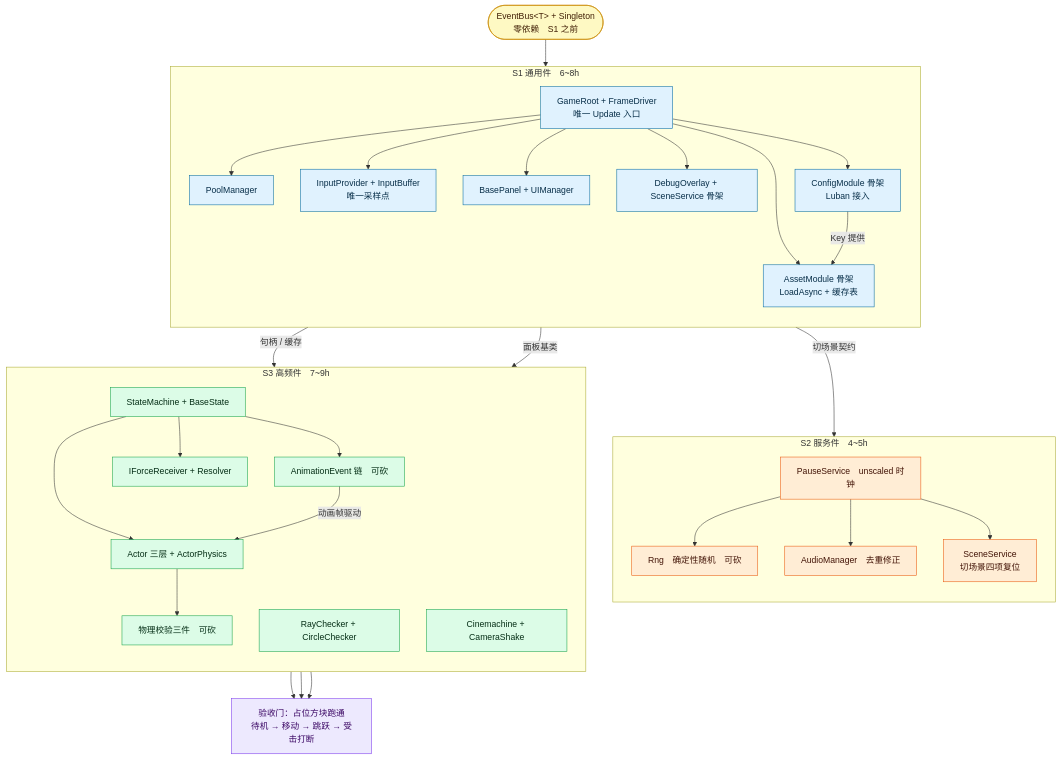
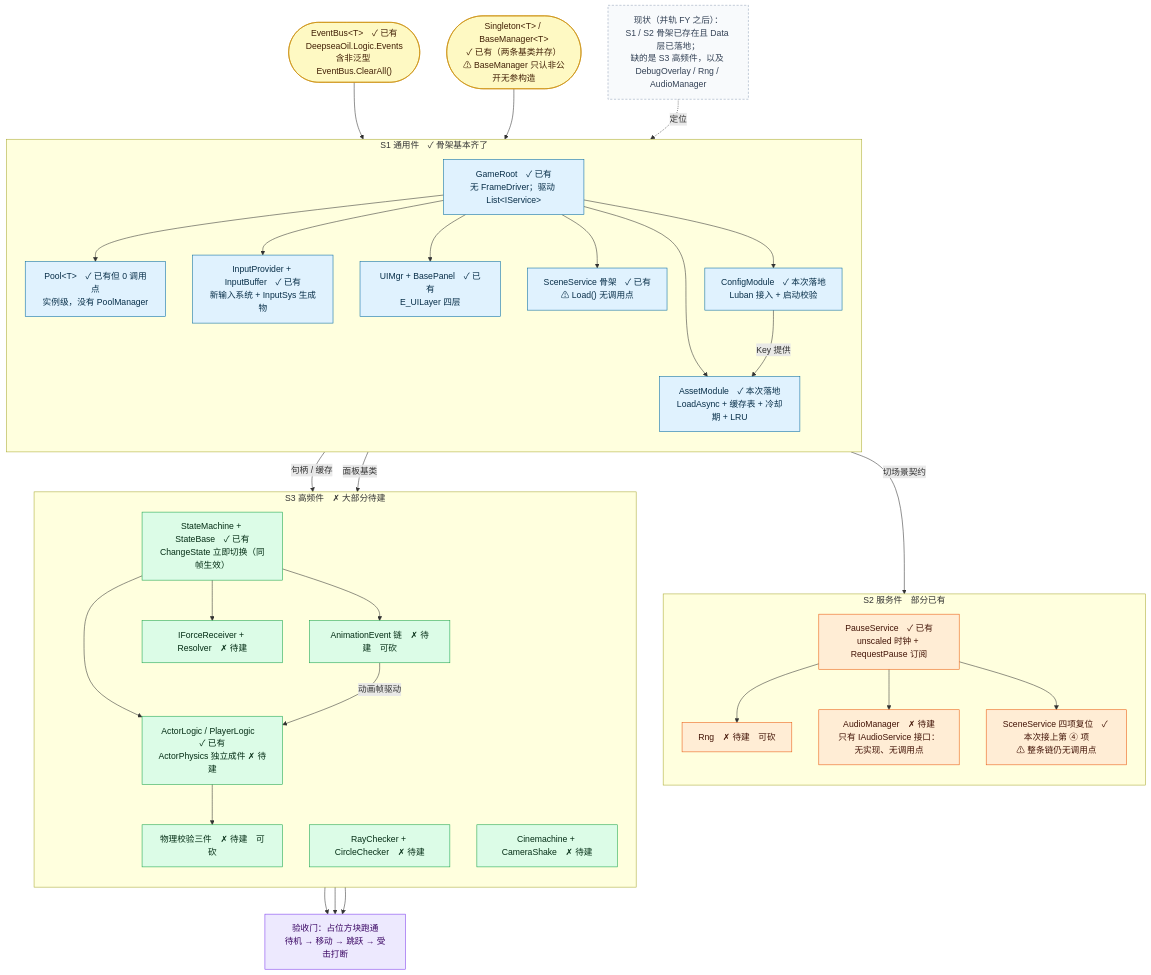
One commit to 5FYZhou/deepseaoil changed the diagram in Docs/框架设计/sources/06-dev-order.mmd. Above: the diagram before and after it, drawn with Mermaid. The commit also changed 7 other files, not shown here.

First line of the commit message:
docs(framework): 蓝图并入上游逻辑层事实；新增 §15 现状 / §16 缺陷登记；图源与图块同步

```diff
--- a/Docs/框架设计/sources/06-dev-order.mmd
+++ b/Docs/框架设计/sources/06-dev-order.mmd
@@ -1,73 +1,79 @@
-%% 图6｜开发流程建议｜回答：先做哪件、哪件卡住会拖累谁？
-%% 读法：箭头 = 硬依赖（前置不做完就做不下去）；节点里的「可砍」= 时间不足时按序砍。
-%% 维护：分组与工时改动时，同步改本图与主文档「图 6」代码块。
+%% 图6｜开发流程与现状对照｜回答：先做哪件、哪件卡住会拖累谁、现在到哪一步了？
+%% 读法：箭头 = 硬依赖（前置不做完就做不下去）；✓ = 工程里已有，✗ = 待建；「可砍」= 时间不足时按序砍。
+%% 维护：节点里的 ✓/✗ 必须与仓库实际文件一致；分组与工时改动时同步改蓝图「图 6」代码块。
 flowchart TD
-  Bus(["EventBus&lt;T&gt; + Singleton<br/>零依赖　S1 之前"])
+  Bus(["EventBus&lt;T&gt;　✓ 已有<br/>DeepseaOil.Logic.Events<br/>含非泛型 EventBus.ClearAll()"])
+  Sing(["Singleton&lt;T&gt; / BaseManager&lt;T&gt;<br/>✓ 已有（两条基类并存）<br/>⚠ BaseManager 只认非公开无参构造"])
 
-  subgraph S1["S1 通用件　6~8h"]
+  subgraph S1["S1 通用件　✓ 骨架基本齐了"]
     direction TB
-    S1In["GameRoot + FrameDriver<br/>唯一 Update 入口"]
-    S1a["PoolManager"]
-    S1b["InputProvider + InputBuffer<br/>唯一采样点"]
-    S1c["BasePanel + UIManager"]
-    S1d["DebugOverlay + SceneService 骨架"]
-    S1e["ConfigModule 骨架<br/>Luban 接入"]
-    S1f["AssetModule 骨架<br/>LoadAsync + 缓存表"]
+    S1In["GameRoot　✓ 已有<br/>无 FrameDriver；驱动 List&lt;IService&gt;"]
+    S1a["Pool&lt;T&gt;　✓ 已有但 0 调用点<br/>实例级，没有 PoolManager"]
+    S1b["InputProvider + InputBuffer　✓ 已有<br/>新输入系统 + InputSys 生成物"]
+    S1c["UIMgr + BasePanel　✓ 已有<br/>E_UILayer 四层"]
+    S1d["SceneService 骨架　✓ 已有<br/>⚠ Load() 无调用点"]
+    S1e["ConfigModule　✓ 本次落地<br/>Luban 接入 + 启动校验"]
+    S1f["AssetModule　✓ 本次落地<br/>LoadAsync + 缓存表 + 冷却期 + LRU"]
     S1In --> S1a
     S1In --> S1b
     S1In --> S1c
     S1In --> S1d
     S1In --> S1e
     S1In --> S1f
   end
 
-  subgraph S2["S2 服务件　4~5h"]
+  subgraph S2["S2 服务件　部分已有"]
     direction TB
-    S2In["PauseService　unscaled 时钟"]
-    S2a["Rng　确定性随机　可砍"]
-    S2b["AudioManager　去重修正"]
-    S2c["SceneService<br/>切场景四项复位"]
+    S2In["PauseService　✓ 已有<br/>unscaled 时钟 + RequestPause 订阅"]
+    S2a["Rng　✗ 待建　可砍"]
+    S2b["AudioManager　✗ 待建<br/>只有 IAudioService 接口：无实现、无调用点"]
+    S2c["SceneService 四项复位　✓ 本次接上第 ④ 项<br/>⚠ 整条链仍无调用点"]
     S2In --> S2a
     S2In --> S2b
     S2In --> S2c
   end
 
-  subgraph S3["S3 高频件　7~9h"]
+  subgraph S3["S3 高频件　✗ 大部分待建"]
     direction TB
-    S3In["StateMachine + BaseState"]
-    S3a["AnimationEvent 链　可砍"]
-    S3b["Actor 三层 + ActorPhysics"]
-    S3c["IForceReceiver + Resolver"]
+    S3In["StateMachine + StateBase　✓ 已有<br/>ChangeState 立即切换（同帧生效）"]
+    S3a["AnimationEvent 链　✗ 待建　可砍"]
+    S3b["ActorLogic / PlayerLogic　✓ 已有<br/>ActorPhysics 独立成件 ✗ 待建"]
+    S3c["IForceReceiver + Resolver　✗ 待建"]
     S3In --> S3a
     S3In --> S3b
     S3In --> S3c
 
-    S3x["RayChecker + CircleChecker"]
-    S3y["Cinemachine + CameraShake"]
-    S3z["物理校验三件　可砍"]
+    S3x["RayChecker + CircleChecker　✗ 待建"]
+    S3y["Cinemachine + CameraShake　✗ 待建"]
+    S3z["物理校验三件　✗ 待建　可砍"]
   end
 
   Gate["验收门：占位方块跑通<br/>待机 → 移动 → 跳跃 → 受击打断"]
+  Now["现状（并轨 FY 之后）：<br/>S1 / S2 骨架已存在且 Data 层已落地；<br/>缺的是 S3 高频件，以及 DebugOverlay / Rng / AudioManager"]
 
   Bus --> S1In
+  Sing --> S1In
   S1e -->|"Key 提供"| S1f
   S1f -->|"句柄 / 缓存"| S3b
   S1d -->|"切场景契约"| S2c
   S1c -->|"面板基类"| S3In
   S3a -->|"动画帧驱动"| S3b
   S3b --> S3z
   S3b --> Gate
   S3c --> Gate
   S3z --> Gate
+  Now -.->|"定位"| S1In
 
   classDef base fill:#fef9c3,stroke:#ca8a04,color:#422006
   classDef s1 fill:#e0f2fe,stroke:#0369a1,color:#082f49
   classDef s2 fill:#ffedd5,stroke:#ea580c,color:#431407
   classDef s3 fill:#dcfce7,stroke:#16a34a,color:#052e16
   classDef gate fill:#ede9fe,stroke:#7c3aed,color:#3b0764
+  classDef note fill:#f8fafc,stroke:#94a3b8,color:#334155,stroke-dasharray:4 3
 
-  class Bus base
+  class Bus,Sing base
   class S1In,S1a,S1b,S1c,S1d,S1e,S1f s1
   class S2In,S2a,S2b,S2c s2
   class S3In,S3a,S3b,S3c,S3x,S3y,S3z s3
   class Gate gate
+  class Now note
```
